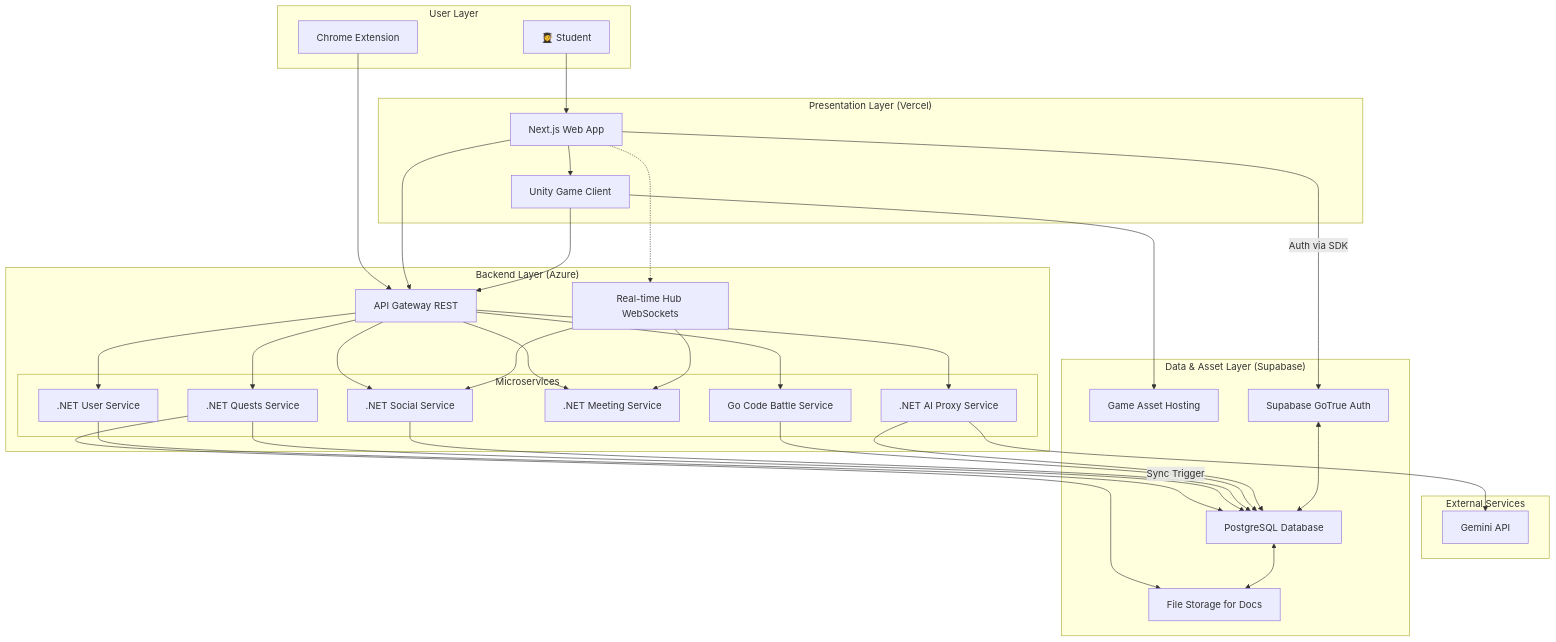
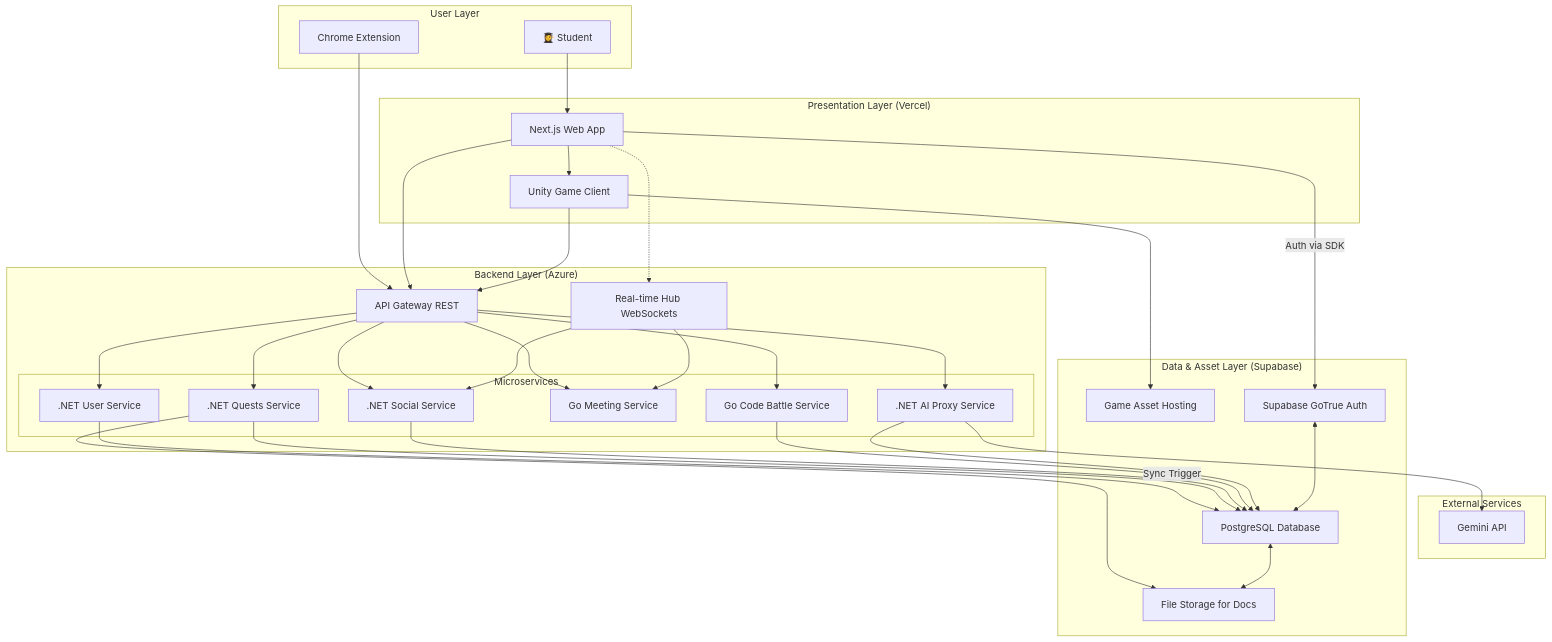
Before and after one commit to FA25SE050-RogueLearn/RogueLearn.BMAD.Documentation: the diagram in docs/fullstack-architecture/high-level-architecture.md, drawn with Mermaid. The commit also changed other lines of this file and 9 other files, not shown here.

````diff
--- a/docs/fullstack-architecture/high-level-architecture.md
+++ b/docs/fullstack-architecture/high-level-architecture.md
@@ -39,74 +39,74 @@
 ```mermaid
 graph TD
     subgraph "User Layer"
         User[👩‍🎓 Student]
         BrowserExtension[Chrome Extension]
     end
 
     subgraph "Presentation Layer (Vercel)"
         Frontend[Next.js Web App]
         UnityClient[Unity Game Client]
         Frontend --> UnityClient
     end
 
     subgraph "External Services"
         Gemini[Gemini API]
     end
 
     subgraph "Backend Layer (Azure)"
         APIGateway[API Gateway REST]
         RealtimeHub[Real-time Hub WebSockets]
         
         subgraph "Microservices"
             UserService[.NET User Service]
             QuestService[.NET Quests Service]
             SocialService[.NET Social Service]
-            MeetingService[.NET Meeting Service]
+            MeetingService[Go Meeting Service]
             CodeBattleService[Go Code Battle Service]
             AIProxyService[.NET AI Proxy Service]
         end
     end
 
     subgraph "Data & Asset Layer (Supabase)"
         Database[PostgreSQL Database]
         FileStorage[File Storage for Docs]
         GameAssetHosting[Game Asset Hosting]
         SupabaseAuth[Supabase GoTrue Auth]
     end
 
     User --> Frontend
 
     BrowserExtension --> APIGateway
 
     Frontend -- Auth via SDK --> SupabaseAuth
     Frontend --> APIGateway
     Frontend -.-> RealtimeHub
 
     UnityClient --> GameAssetHosting
     UnityClient --> APIGateway
     
     APIGateway --> UserService
     APIGateway --> QuestService
     APIGateway --> SocialService
     APIGateway --> MeetingService
     APIGateway --> CodeBattleService
     APIGateway --> AIProxyService
     
     RealtimeHub --> SocialService
     RealtimeHub --> MeetingService
 
     UserService -- Sync Trigger --> Database
 
     QuestService --> Database
     QuestService --> FileStorage
     
     SocialService --> Database
     
     CodeBattleService --> Database
     
     AIProxyService --> Gemini
     AIProxyService --> Database
 
     Database <--> FileStorage
     SupabaseAuth <--> Database
 ```
````
